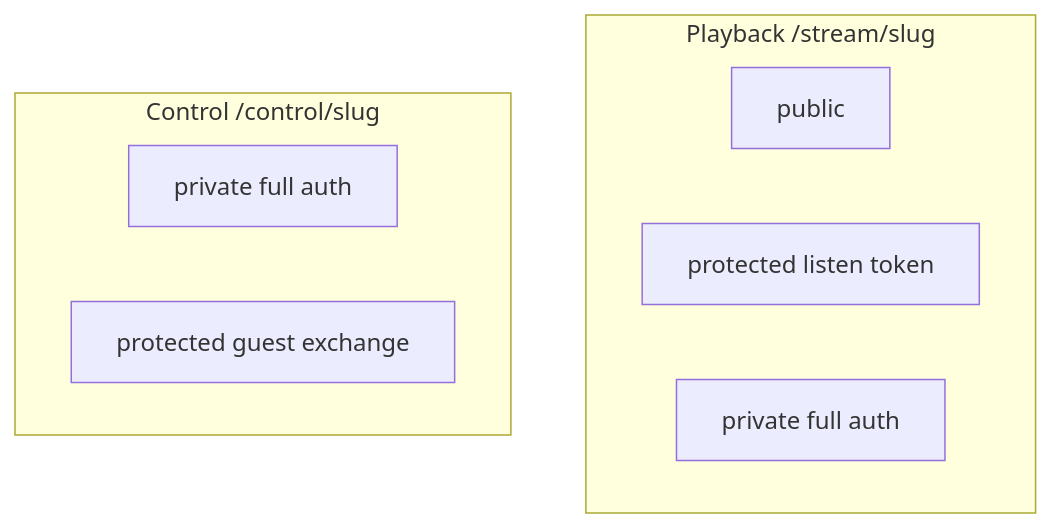
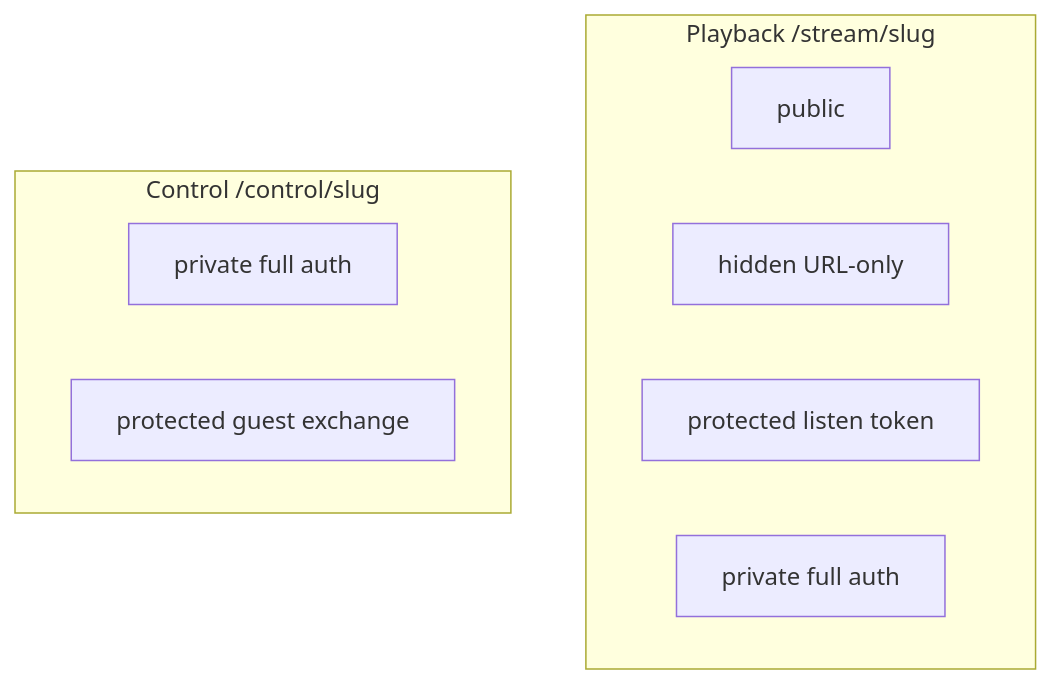
Before and after one commit to Bardie-radio/kithara: the first of 2 diagrams in docs/architecture/domains/struna-access.md, drawn with Mermaid. The commit also changed other lines of this file and 10 other files, not shown here.

````diff
--- a/docs/architecture/domains/struna-access.md
+++ b/docs/architecture/domains/struna-access.md
@@ -3,12 +3,13 @@
 ```mermaid
 flowchart TB
   subgraph playback [Playback /stream/slug]
     PP[public]
+    PH[hidden URL-only]
     PR[protected listen token]
     PV[private full auth]
   end
   subgraph control [Control /control/slug]
     CP[private full auth]
     CG[protected guest exchange]
   end
 ```
````
